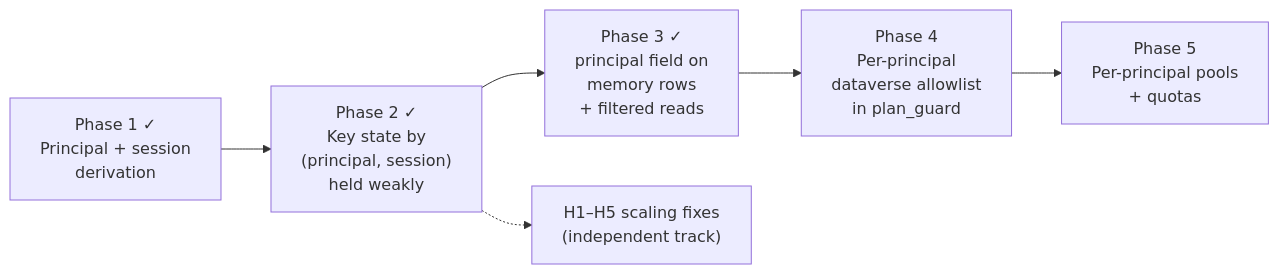
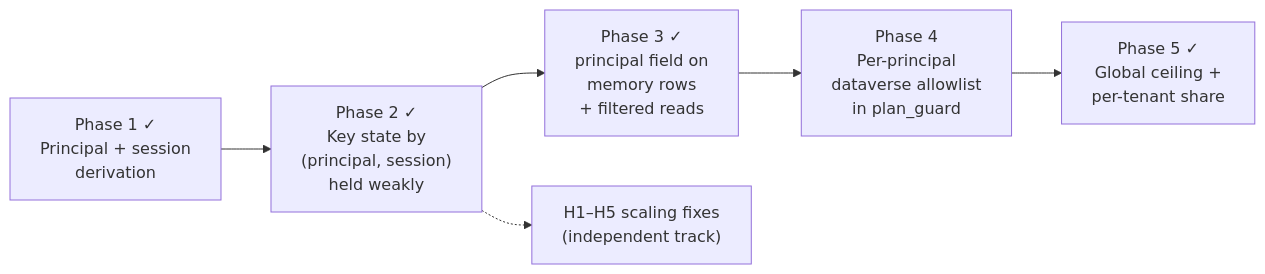
The sixth of 6 diagrams in docs/ARCHITECTURE_AND_MULTITENANCY.md (Vivek1106-04/asterixdb-mcp-server), drawn with Mermaid before and after one commit. The commit also changed other lines of this file and 11 other files, not shown here.

````diff
--- a/docs/ARCHITECTURE_AND_MULTITENANCY.md
+++ b/docs/ARCHITECTURE_AND_MULTITENANCY.md
@@ -498,8 +501,8 @@
 ```mermaid
 flowchart LR
     P1["Phase 1 ✓<br/>Principal + session<br/>derivation"] --> P2["Phase 2 ✓<br/>Key state by<br/>(principal, session)<br/>held weakly"]
     P2 --> P3["Phase 3 ✓<br/>principal field on<br/>memory rows<br/>+ filtered reads"]
     P3 --> P4["Phase 4<br/>Per-principal<br/>dataverse allowlist<br/>in plan_guard"]
-    P4 --> P5["Phase 5<br/>Per-principal pools<br/>+ quotas"]
+    P4 --> P5["Phase 5 ✓<br/>Global ceiling +<br/>per-tenant share"]
     P2 -.-> H["H1–H5 scaling fixes<br/>(independent track)"]
 ```
````
